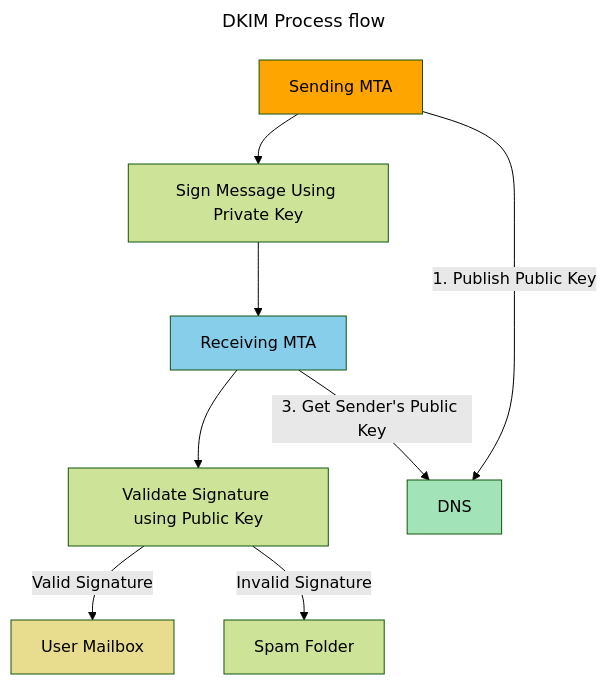
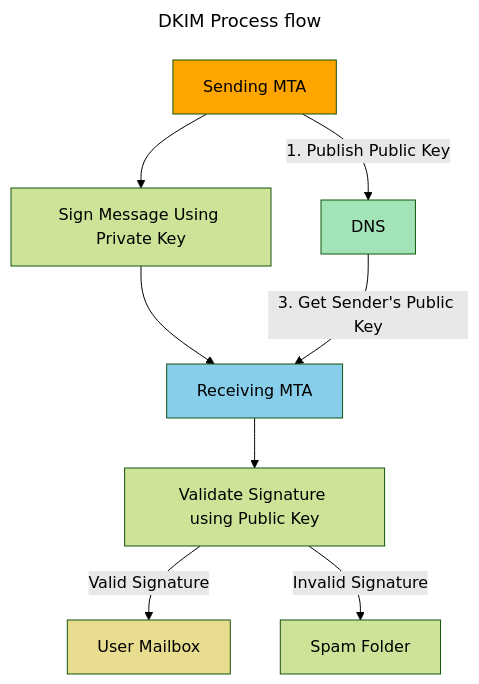
The diagram in docs/userguide/configuration/dkim.md (KumoCorp/kumomta), drawn with Mermaid (forest theme) before and after one commit. The commit also changed other lines of this file, not shown here.

Commit message:
Tweak the DKIM diagram flow.

````diff
--- a/docs/userguide/configuration/dkim.md
+++ b/docs/userguide/configuration/dkim.md
@@ -20,26 +20,26 @@
 ```mermaid
 ---
 title: DKIM Process flow
 ---
 graph TD
     SMTA["Sending MTA"]
     SIGN["Sign Message Using Private Key"]
     VALIDATE["Validate Signature using Public Key"]
     RMTA["Receiving MTA"]
     MBOX["User Mailbox"]
     SPAM["Spam Folder"]
     DNS
     SMTA --> SIGN
     SIGN --> RMTA
     RMTA --> VALIDATE
     SMTA -- 1. Publish Public Key --> DNS
-    RMTA -- 3. Get Sender's Public Key --> DNS
+    DNS -- 3. Get Sender's Public Key --> RMTA
     VALIDATE -- Valid Signature --> MBOX
     VALIDATE -- Invalid Signature --> SPAM
 
    style SMTA fill:orange,color:black
    style RMTA fill:skyblue,color:black
    style DNS fill:#A2E4B8,color:black
    style MBOX fill:#E8DD8E,color:black
 
 ```
````
